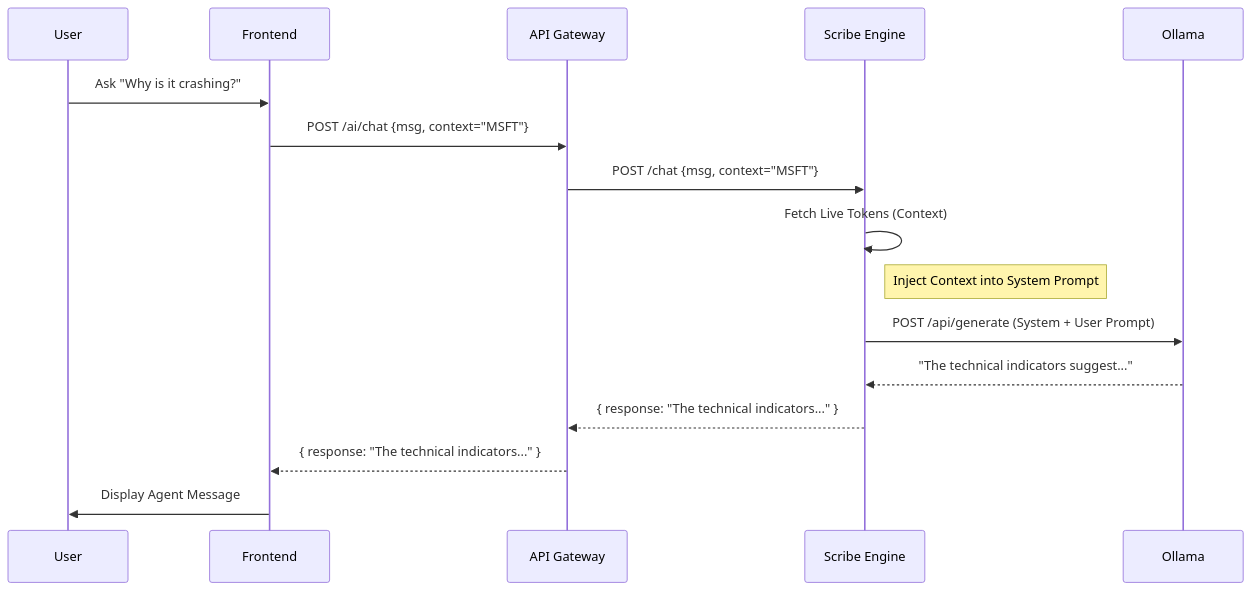
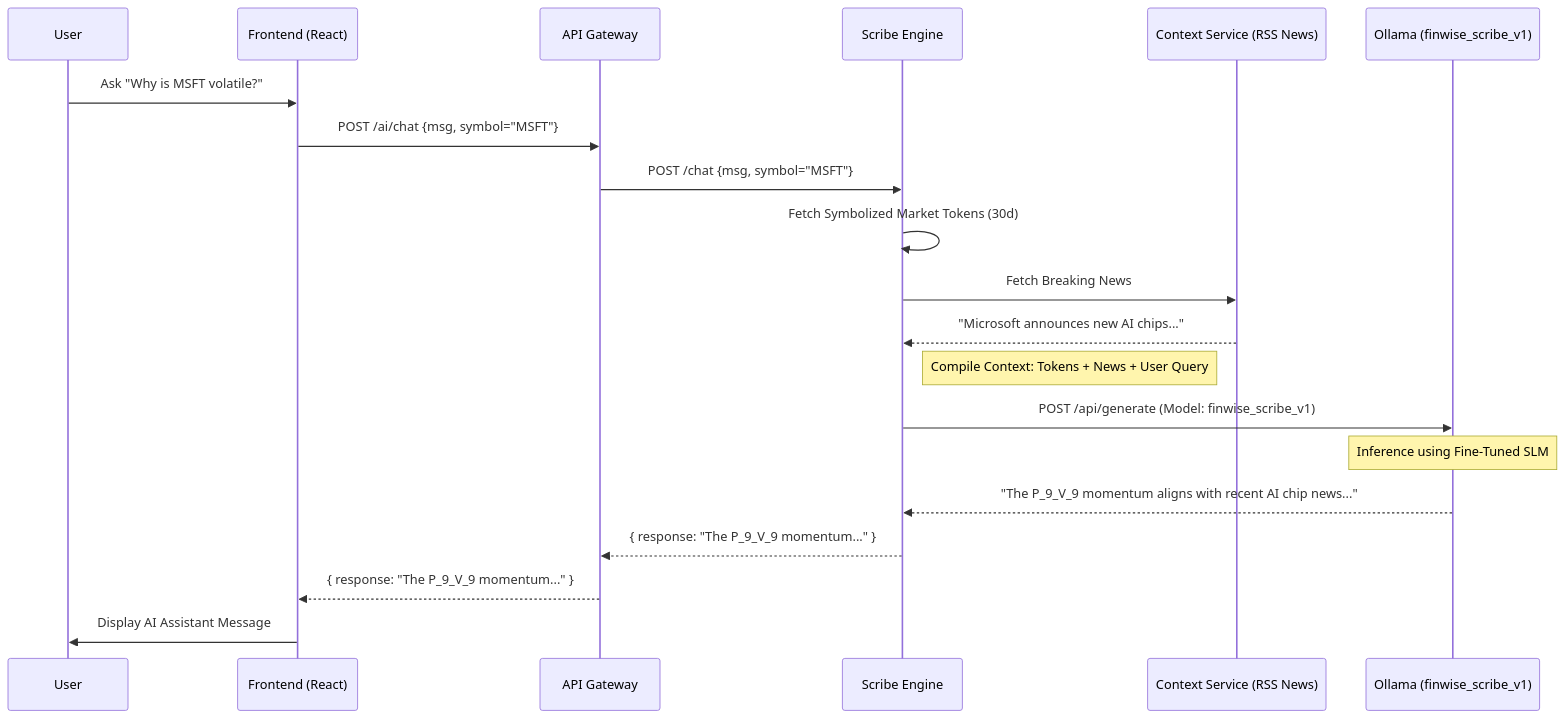
Before and after one commit to MuhammetAliVarlik/FinwiseBackend: the diagram in docs/sequence_chat.mmd, drawn with Mermaid. The commit also changed 19 other files, not shown here.

```diff
--- a/docs/sequence_chat.mmd
+++ b/docs/sequence_chat.mmd
@@ -1,20 +1,25 @@
 sequenceDiagram
     participant U as User
-    participant FE as Frontend
+    participant FE as Frontend (React)
     participant API as API Gateway
     participant S as Scribe Engine
-    participant O as Ollama
+    participant RAG as Context Service (RSS News)
+    participant O as Ollama (finwise_scribe_v1)
 
-    U->>FE: Ask "Why is it crashing?"
-    FE->>API: POST /ai/chat {msg, context="MSFT"}
-    API->>S: POST /chat {msg, context="MSFT"}
+    U->>FE: Ask "Why is MSFT volatile?"
+    FE->>API: POST /ai/chat {msg, symbol="MSFT"}
+    API->>S: POST /chat {msg, symbol="MSFT"}
     
-    S->>S: Fetch Live Tokens (Context)
-    note right of S: Inject Context into System Prompt
+    S->>S: Fetch Symbolized Market Tokens (30d)
+    S->>RAG: Fetch Breaking News
+    RAG-->>S: "Microsoft announces new AI chips..."
     
-    S->>O: POST /api/generate (System + User Prompt)
-    O-->>S: "The technical indicators suggest..."
+    note right of S: Compile Context: Tokens + News + User Query
     
-    S-->>API: { response: "The technical indicators..." }
-    API-->>FE: { response: "The technical indicators..." }
-    FE->>U: Display Agent Message
+    S->>O: POST /api/generate (Model: finwise_scribe_v1)
+    note over O: Inference using Fine-Tuned SLM
+    O-->>S: "The P_9_V_9 momentum aligns with recent AI chip news..."
+    
+    S-->>API: { response: "The P_9_V_9 momentum..." }
+    API-->>FE: { response: "The P_9_V_9 momentum..." }
+    FE->>U: Display AI Assistant Message
```
